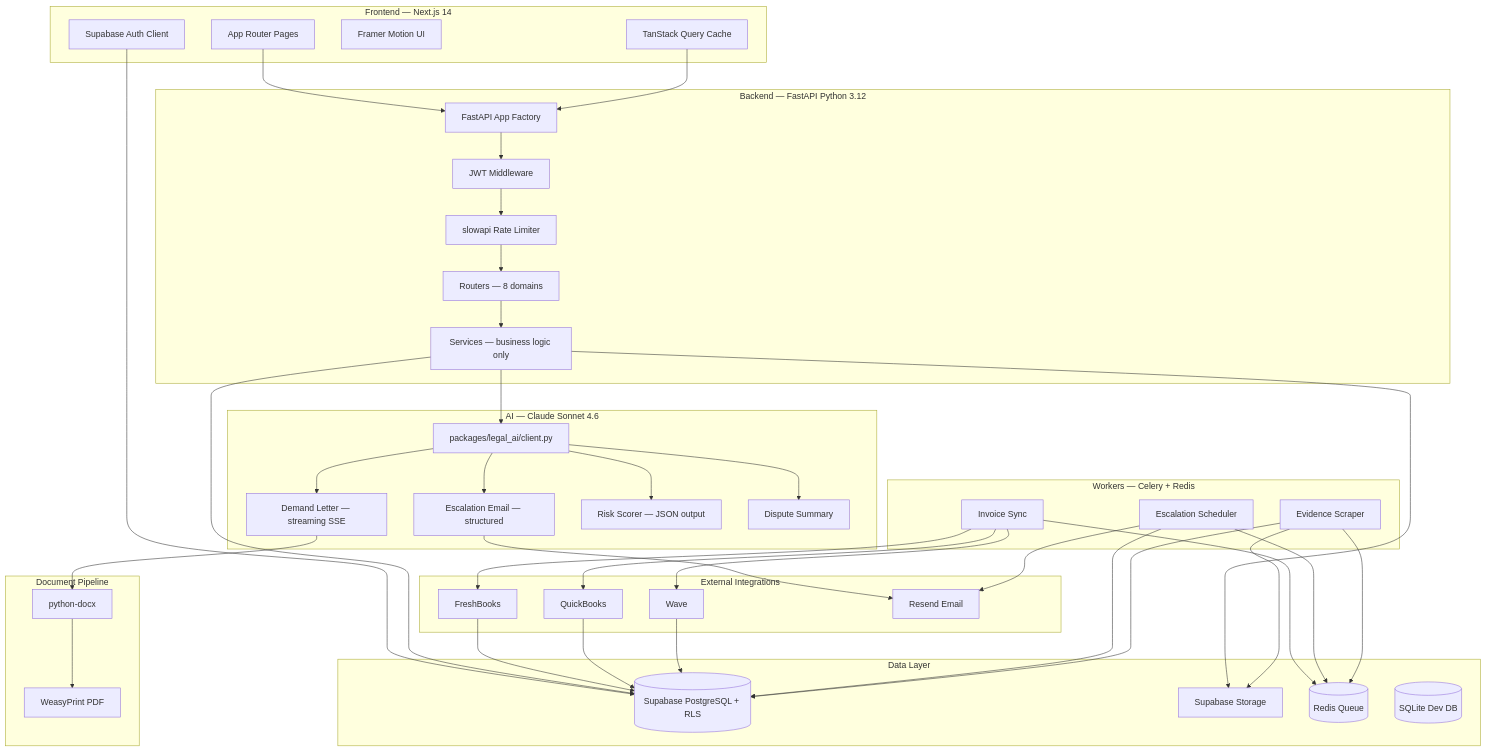
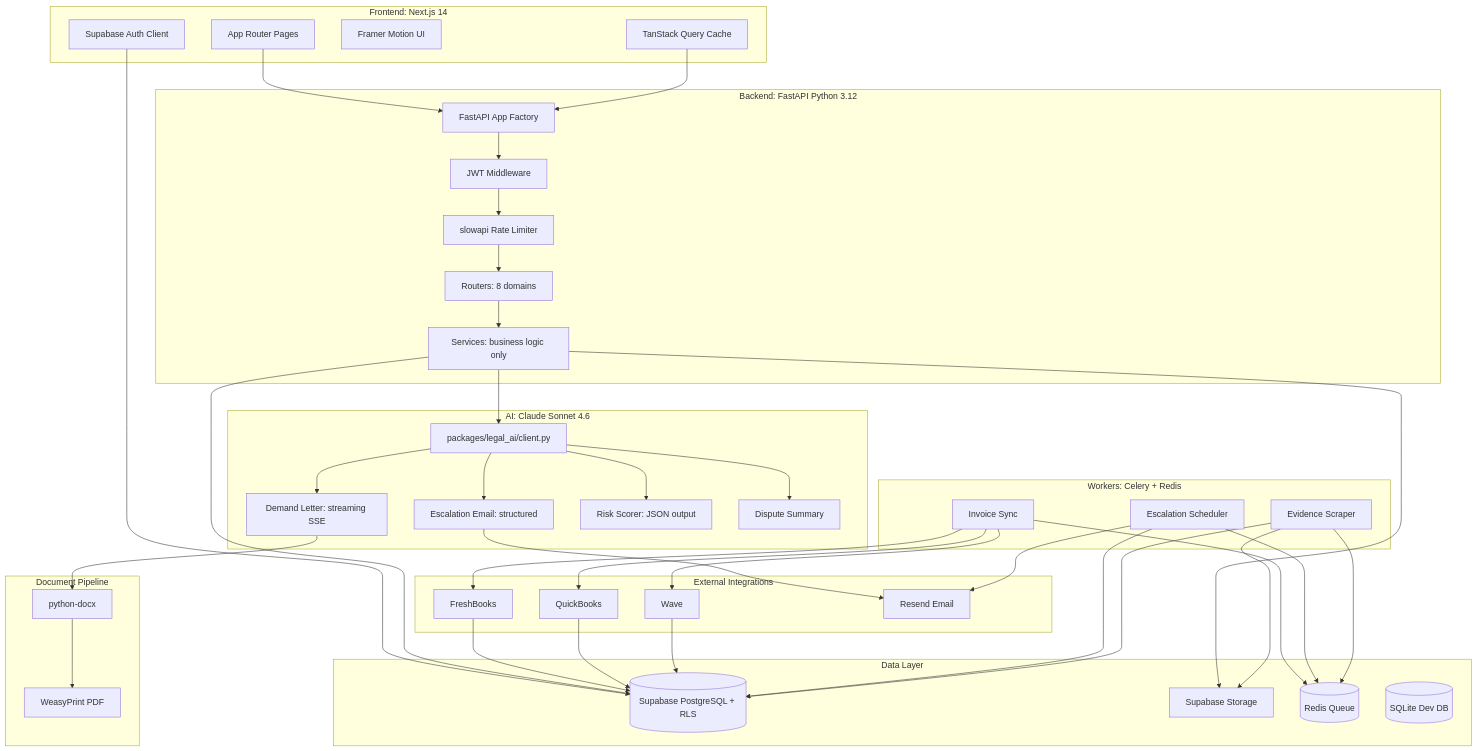
The first of 2 diagrams in README.md (RudrenduPaul/freelancer-payment-protection), drawn with Mermaid before and after one commit. The commit also changed other lines of this file and 1 other file, not shown here.

````diff
--- a/README.md
+++ b/README.md
@@ -322,65 +322,65 @@
 ```mermaid
 graph TB
-    subgraph "Frontend — Next.js 14"
+    subgraph "Frontend: Next.js 14"
         A[App Router Pages]
         B[TanStack Query Cache]
         C[Framer Motion UI]
         D[Supabase Auth Client]
     end
 
-    subgraph "Backend — FastAPI Python 3.12"
+    subgraph "Backend: FastAPI Python 3.12"
         E[FastAPI App Factory]
         F[JWT Middleware]
         G[slowapi Rate Limiter]
-        H[Routers — 8 domains]
-        I[Services — business logic only]
+        H[Routers: 8 domains]
+        I[Services: business logic only]
     end
 
-    subgraph "AI — Claude Sonnet 4.6"
+    subgraph "AI: Claude Sonnet 4.6"
         J[packages/legal_ai/client.py]
-        K[Demand Letter — streaming SSE]
-        L[Escalation Email — structured]
-        M[Risk Scorer — JSON output]
+        K[Demand Letter: streaming SSE]
+        L[Escalation Email: structured]
+        M[Risk Scorer: JSON output]
         N[Dispute Summary]
     end
 
     subgraph "Document Pipeline"
         O[python-docx]
         P[WeasyPrint PDF]
     end
 
-    subgraph "Workers — Celery + Redis"
+    subgraph "Workers: Celery + Redis"
         Q[Invoice Sync]
         R[Escalation Scheduler]
         S[Evidence Scraper]
     end
 
     subgraph "Data Layer"
         T[(Supabase PostgreSQL + RLS)]
         U[Supabase Storage]
         V[(Redis Queue)]
         W[(SQLite Dev DB)]
     end
 
     subgraph "External Integrations"
         X[FreshBooks]
         Y[QuickBooks]
         Z[Wave]
         AA[Resend Email]
     end
 
     A --> E
     D --> T
     B --> E
     E --> F --> G --> H --> I
     I --> J
     J --> K --> O --> P
     J --> L --> AA
     J --> M
     J --> N
     I --> T & U
     Q --> X & Y & Z --> T
     R --> AA & T
     S --> U & T
     Q & R & S --> V
 ```
````
